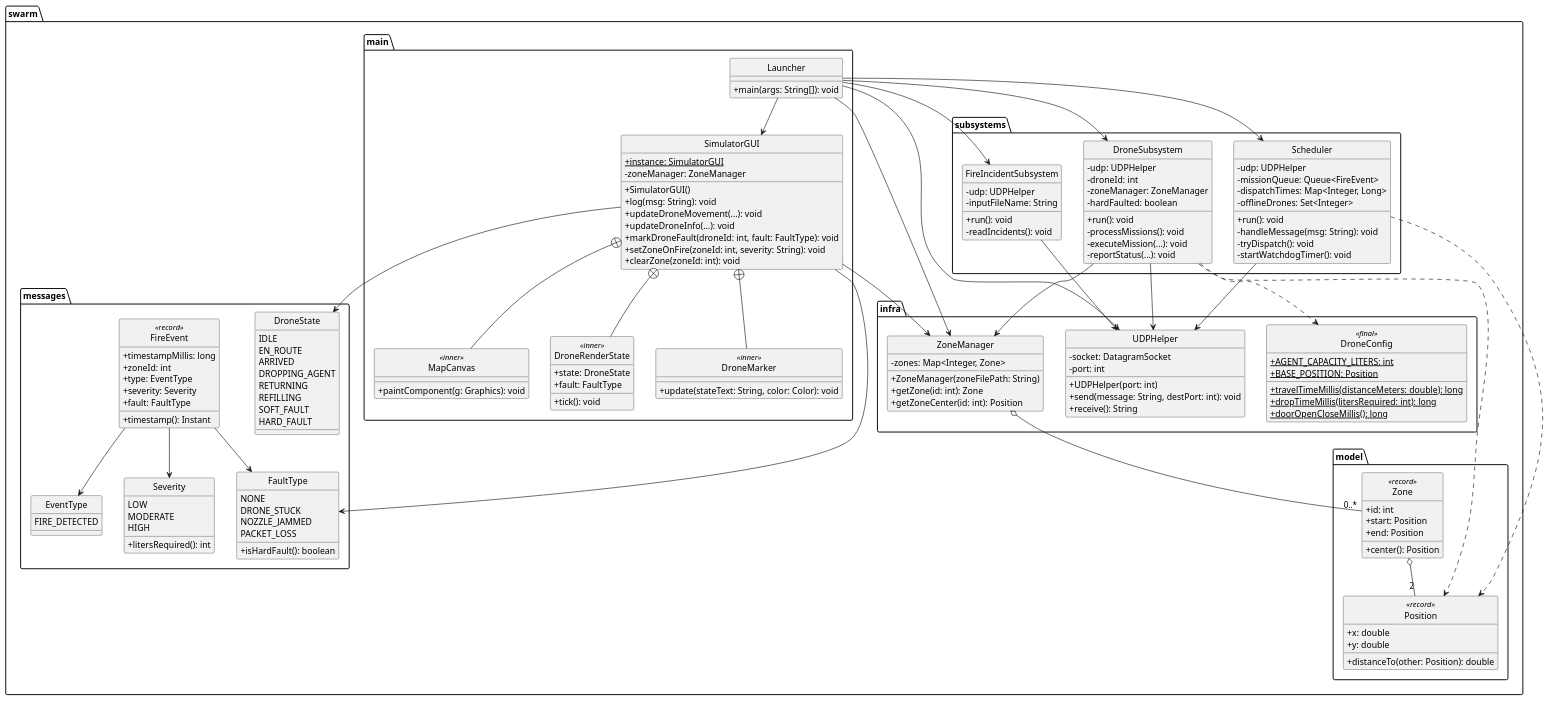
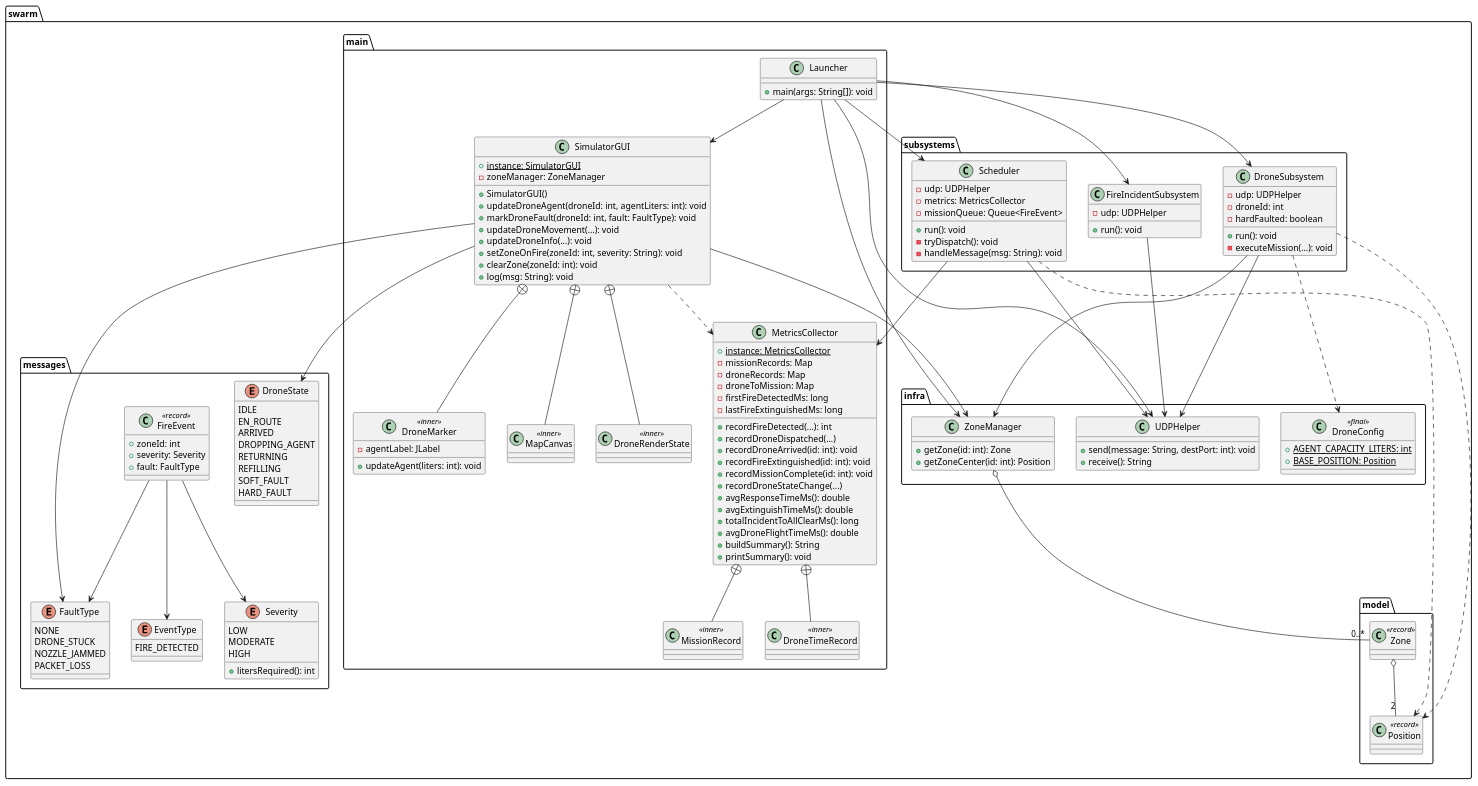
The diagram in Diagrams/Class Diagram.puml (UMNIYAH/Firefighting-Drone-Swarm), drawn with PlantUML before and after one commit. The commit also changed 6 other files, not shown here.

Commit message:
Readme and diagram update

```diff
--- a/Diagrams/Class Diagram.puml
+++ b/Diagrams/Class Diagram.puml
@@ -1,184 +1,179 @@
 @startuml
-skinparam classAttributeIconSize 0
-hide circle
 
 ' Packages
 package "swarm.infra" {
   class DroneConfig <<final>> {
     {static} +AGENT_CAPACITY_LITERS: int
     {static} +BASE_POSITION: Position
-    {static} +travelTimeMillis(distanceMeters: double): long
-    {static} +dropTimeMillis(litersRequired: int): long
-    {static} +doorOpenCloseMillis(): long
   }
 
   class UDPHelper {
-    -socket: DatagramSocket
-    -port: int
-    +UDPHelper(port: int)
     +send(message: String, destPort: int): void
     +receive(): String
   }
 
   class ZoneManager {
-    -zones: Map<Integer, Zone>
-    +ZoneManager(zoneFilePath: String)
     +getZone(id: int): Zone
     +getZoneCenter(id: int): Position
   }
 }
 
 package "swarm.main" {
   class SimulatorGUI {
     +{static} instance: SimulatorGUI
     -zoneManager: ZoneManager
     +SimulatorGUI()
-    +log(msg: String): void
+    +updateDroneAgent(droneId: int, agentLiters: int): void
+    +markDroneFault(droneId: int, fault: FaultType): void
     +updateDroneMovement(...): void
     +updateDroneInfo(...): void
-    +markDroneFault(droneId: int, fault: FaultType): void
     +setZoneOnFire(zoneId: int, severity: String): void
     +clearZone(zoneId: int): void
+    +log(msg: String): void
   }
 
-  class MapCanvas <<inner>> {
-    +paintComponent(g: Graphics): void
-  }
-
-  class DroneRenderState <<inner>> {
-    +state: DroneState
-    +fault: FaultType
-    +tick(): void
-  }
+  class MapCanvas <<inner>>
+  class DroneRenderState <<inner>>
 
   class DroneMarker <<inner>> {
-    +update(stateText: String, color: Color): void
+    -agentLabel: JLabel
+    +updateAgent(liters: int): void
   }
 
   class Launcher {
     +main(args: String[]): void
   }
+
+  class MetricsCollector {
+    +{static} instance: MetricsCollector
+    -missionRecords: Map
+    -droneRecords: Map
+    -droneToMission: Map
+    -firstFireDetectedMs: long
+    -lastFireExtinguishedMs: long
+    +recordFireDetected(...): int
+    +recordDroneDispatched(...)
+    +recordDroneArrived(id: int): void
+    +recordFireExtinguished(id: int): void
+    +recordMissionComplete(id: int): void
+    +recordDroneStateChange(...)
+    +avgResponseTimeMs(): double
+    +avgExtinguishTimeMs(): double
+    +totalIncidentToAllClearMs(): long
+    +avgDroneFlightTimeMs(): double
+    +buildSummary(): String
+    +printSummary(): void
+  }
+
+  class MissionRecord <<inner>>
+  class DroneTimeRecord <<inner>>
 }
 
 package "swarm.messages" {
   enum FaultType {
     NONE
     DRONE_STUCK
     NOZZLE_JAMMED
     PACKET_LOSS
-    +isHardFault(): boolean
   }
 
   enum DroneState {
     IDLE
     EN_ROUTE
     ARRIVED
     DROPPING_AGENT
     RETURNING
     REFILLING
     SOFT_FAULT
     HARD_FAULT
   }
 
   enum EventType {
     FIRE_DETECTED
   }
 
-  class FireEvent <<record>> {
-    +timestampMillis: long
-    +zoneId: int
-    +type: EventType
-    +severity: Severity
-    +fault: FaultType
-    +timestamp(): Instant
-  }
-
   enum Severity {
     LOW
     MODERATE
     HIGH
     +litersRequired(): int
   }
+
+  class FireEvent <<record>> {
+    +zoneId: int
+    +severity: Severity
+    +fault: FaultType
+  }
 }
 
 package "swarm.model" {
-  class Position <<record>> {
-    +x: double
-    +y: double
-    +distanceTo(other: Position): double
-  }
-  class Zone <<record>> {
-    +id: int
-    +start: Position
-    +end: Position
-    +center(): Position
-  }
+  class Position <<record>>
+  class Zone <<record>>
 }
 
 package "swarm.subsystems" {
   class DroneSubsystem {
     -udp: UDPHelper
     -droneId: int
-    -zoneManager: ZoneManager
     -hardFaulted: boolean
     +run(): void
-    -processMissions(): void
     -executeMission(...): void
-    -reportStatus(...): void
   }
 
   class FireIncidentSubsystem {
     -udp: UDPHelper
-    -inputFileName: String
     +run(): void
-    -readIncidents(): void
   }
 
   class Scheduler {
     -udp: UDPHelper
+    -metrics: MetricsCollector
     -missionQueue: Queue<FireEvent>
-    -dispatchTimes: Map<Integer, Long>
-    -offlineDrones: Set<Integer>
     +run(): void
+    -tryDispatch(): void
     -handleMessage(msg: String): void
-    -tryDispatch(): void
-    -startWatchdogTimer(): void
   }
 }
 
 ' Dependencies & Relationships
 Launcher --> UDPHelper
 Launcher --> ZoneManager
 Launcher --> FireIncidentSubsystem
 Launcher --> Scheduler
 Launcher --> DroneSubsystem
 Launcher --> SimulatorGUI
 
 ' Inner Classes
 SimulatorGUI +-- MapCanvas
 SimulatorGUI +-- DroneRenderState
 SimulatorGUI +-- DroneMarker
+MetricsCollector +-- MissionRecord
+MetricsCollector +-- DroneTimeRecord
 
 ' Subsystems use UDP for communication
 FireIncidentSubsystem --> UDPHelper
 Scheduler --> UDPHelper
 DroneSubsystem --> UDPHelper
+
+' Iteration 5 Metrics Dependencies
+Scheduler --> MetricsCollector
+SimulatorGUI ..> MetricsCollector
 
 ' Domain Models
 DroneSubsystem --> ZoneManager
 DroneSubsystem ..> DroneConfig
 DroneSubsystem ..> Position
 Scheduler ..> Position
 
 ZoneManager o-- "0..*" Zone
 Zone o-- "2" Position
 
 FireEvent --> EventType
 FireEvent --> Severity
 FireEvent --> FaultType
 
 SimulatorGUI --> DroneState
 SimulatorGUI --> FaultType
 SimulatorGUI --> ZoneManager
 
 @enduml
```
